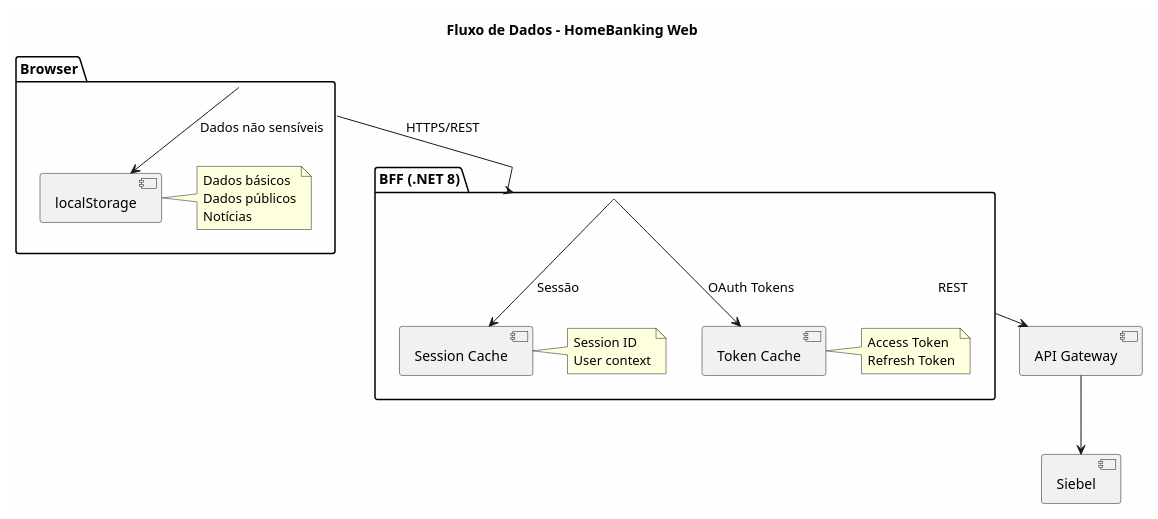
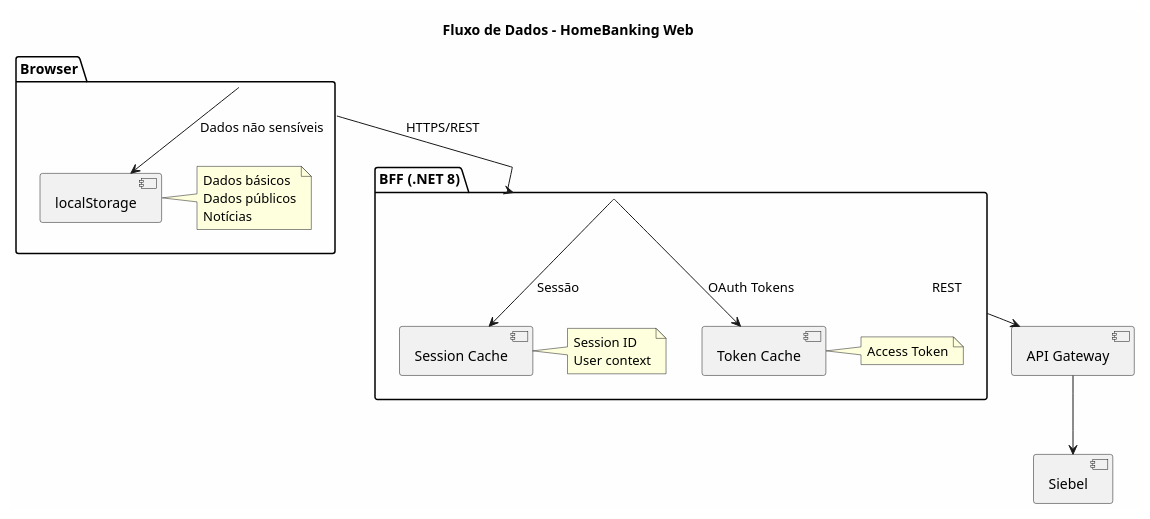
Before and after one commit to beduardo/novobanco_website_doc: the first of 3 diagrams in project/sections/SEC-06-arquitetura-dados.md, drawn with PlantUML. The commit also changed other lines of this file and 12 other files, not shown here.

````diff
--- a/project/sections/SEC-06-arquitetura-dados.md
+++ b/project/sections/SEC-06-arquitetura-dados.md
@@ -32,29 +32,29 @@
 ```plantuml
 @startuml
 skinparam backgroundColor #FEFEFE
 
 title Fluxo de Dados - HomeBanking Web
 
 package "Browser" {
     [localStorage] as LS
     note right of LS : Dados básicos\nDados públicos\nNotícias
 }
 
 package "BFF (.NET 8)" as BFF {
     [Session Cache] as SC
     [Token Cache] as TC
     note right of SC : Session ID\nUser context
-    note right of TC : Access Token\nRefresh Token
+    note right of TC : Access Token
 }
 
 Component "Siebel" as Siebel
 
 [Browser] --> LS : Dados não sensíveis
 [Browser] --> [BFF] : HTTPS/REST
 [BFF] --> SC : Sessão
 [BFF] --> TC : OAuth Tokens
 [BFF] --> [API Gateway] : REST
 [API Gateway] --> [Siebel]
 
 @enduml
 ```
````
